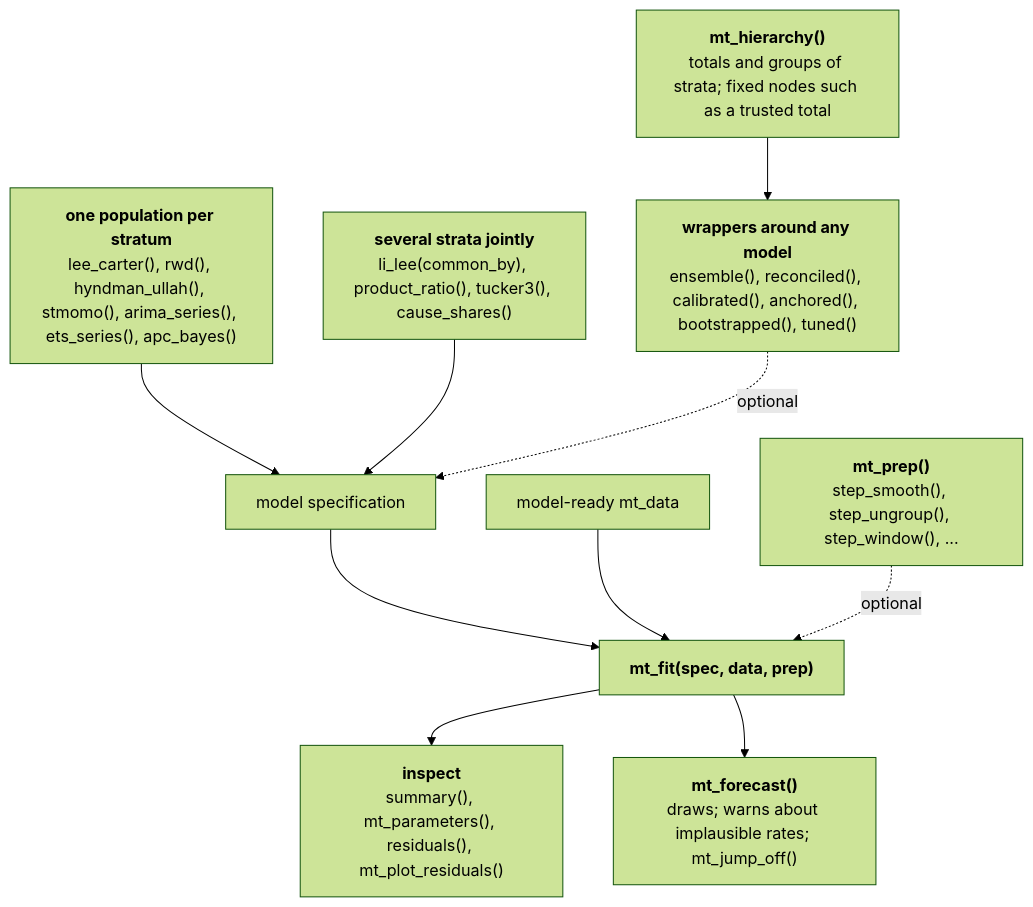
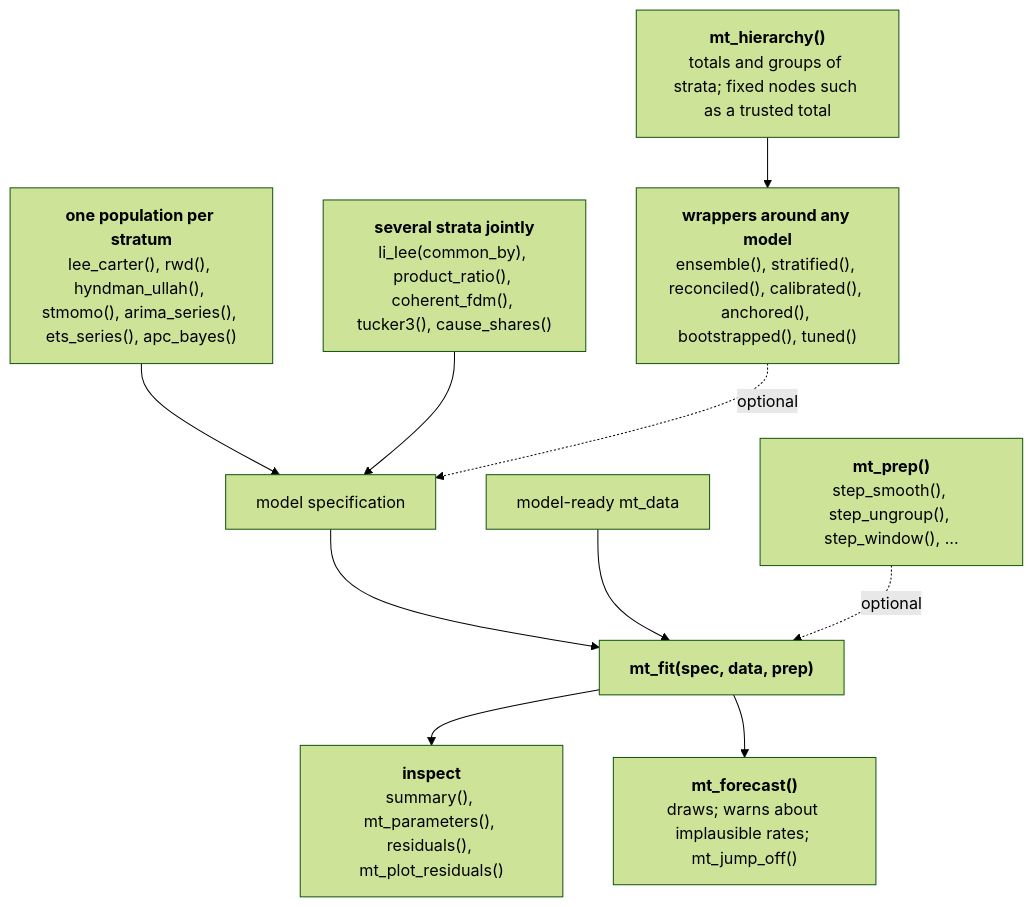
The third of 5 diagrams in vignettes/articles/function-map.Rmd (kalleEF/mortensor), drawn with Mermaid (forest theme) before and after one commit. The commit also changed other lines of this file and 111 other files, not shown here.

````diff
--- a/vignettes/articles/function-map.Rmd
+++ b/vignettes/articles/function-map.Rmd
@@ -86,29 +86,29 @@
 ```mermaid
 flowchart TD
   ONE["`**one population per stratum**
   lee_carter(), rwd(), hyndman_ullah(), stmomo(), arima_series(), ets_series(), apc_bayes()`"]
   MANY["`**several strata jointly**
-  li_lee(common_by), product_ratio(), tucker3(), cause_shares()`"]
+  li_lee(common_by), product_ratio(), coherent_fdm(), tucker3(), cause_shares()`"]
   H["`**mt_hierarchy()**
   totals and groups of strata; fixed nodes such as a trusted total`"]
   WRAP["`**wrappers around any model**
-  ensemble(), reconciled(), calibrated(), anchored(), bootstrapped(), tuned()`"]
+  ensemble(), stratified(), reconciled(), calibrated(), anchored(), bootstrapped(), tuned()`"]
   SPEC["model specification"]
   M["model-ready mt_data"]
   PREP["`**mt_prep()**
   step_smooth(), step_ungroup(), step_window(), ...`"]
   FIT["`**mt_fit(spec, data, prep)**`"]
   INS["`**inspect**
   summary(), mt_parameters(), residuals(), mt_plot_residuals()`"]
   FC["`**mt_forecast()**
   draws; warns about implausible rates; mt_jump_off()`"]
   ONE --> SPEC
   MANY --> SPEC
   H --> WRAP
   WRAP -. "optional" .-> SPEC
   SPEC --> FIT
   M --> FIT
   PREP -. "optional" .-> FIT
   FIT --> INS
   FIT --> FC
 ```
````
